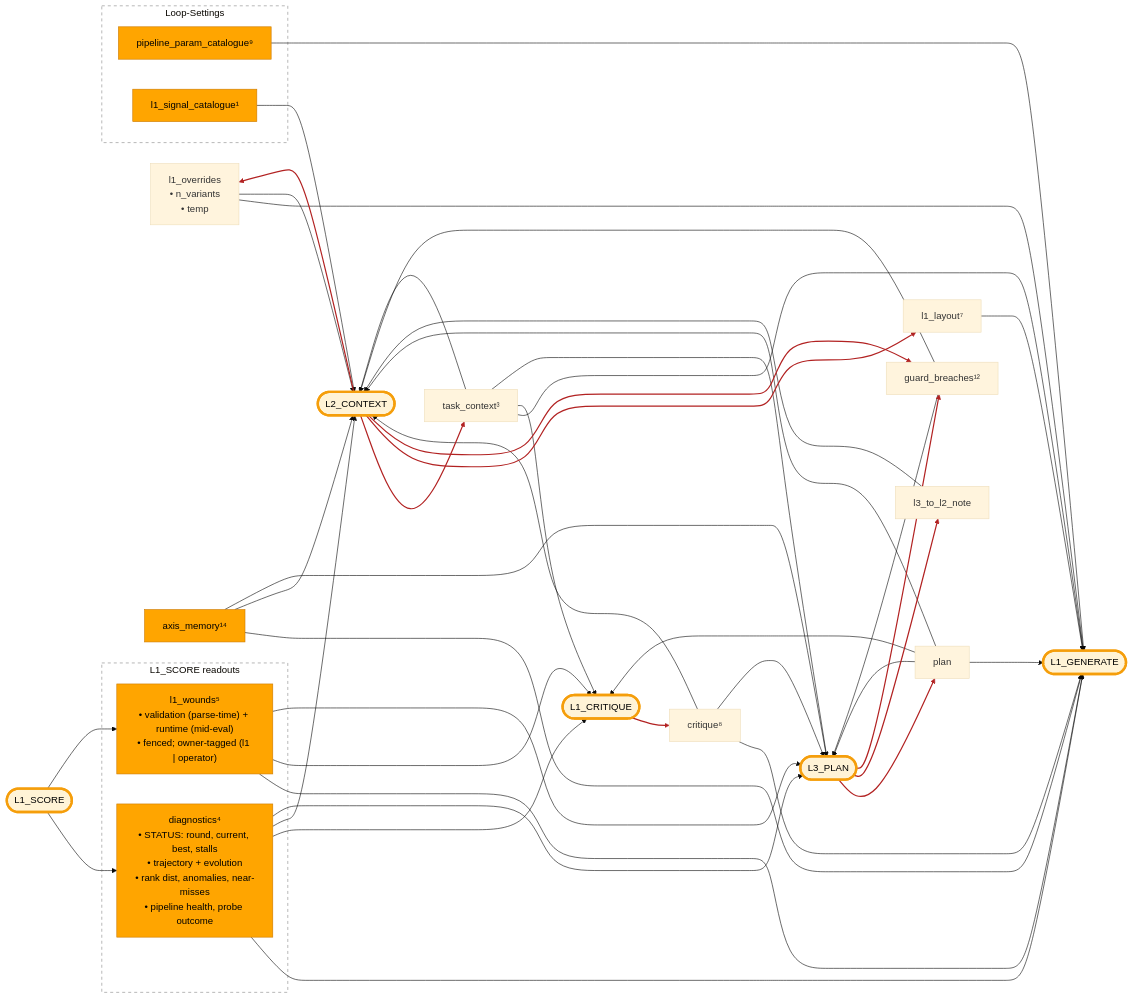
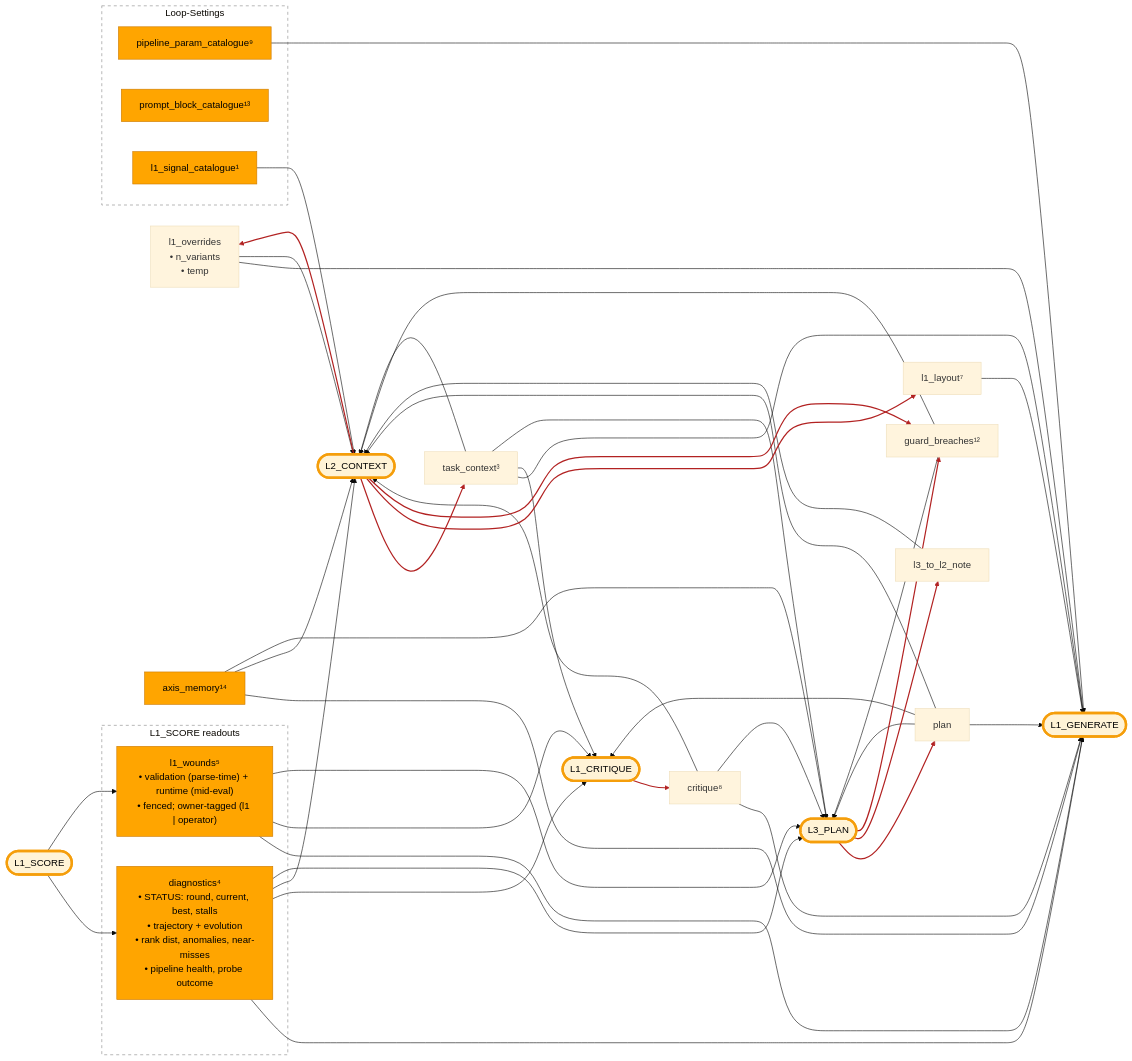
Before and after one commit to PromptPotter/prompt-potter-optimizer: the diagram in docs/developer/dispatch-hub.md, drawn with Mermaid (base theme). The commit also changed other lines of this file and 36 other files, not shown here.

```diff
--- a/docs/developer/dispatch-hub.md
+++ b/docs/developer/dispatch-hub.md
@@ -35,6 +35,7 @@
   %% Loop-Settings — read-only loop-time constants
   subgraph LS["Loop-Settings"]
     TUN[pipeline_param_catalogue⁹]:::det
+    BLK[prompt_block_catalogue¹³]:::det
     CAT[l1_signal_catalogue¹]:::det
   end
   style LS fill:none,stroke:#888,stroke-dasharray: 5 5
```
